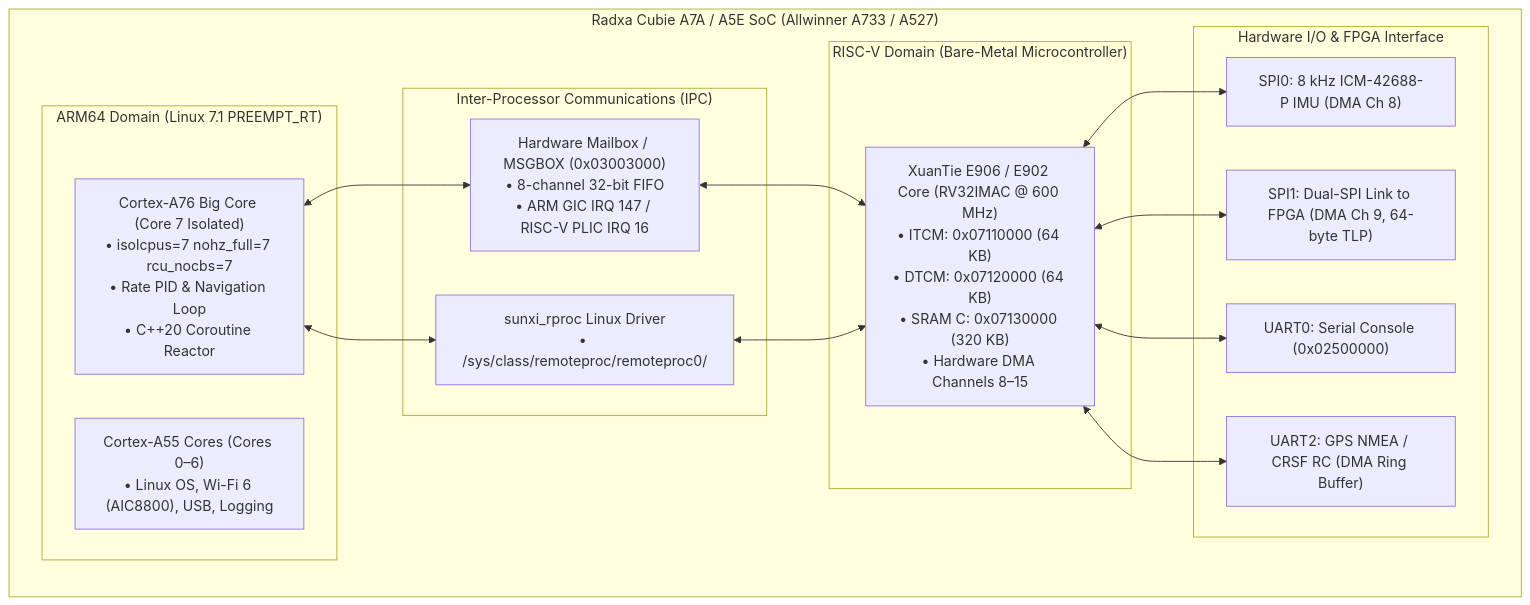
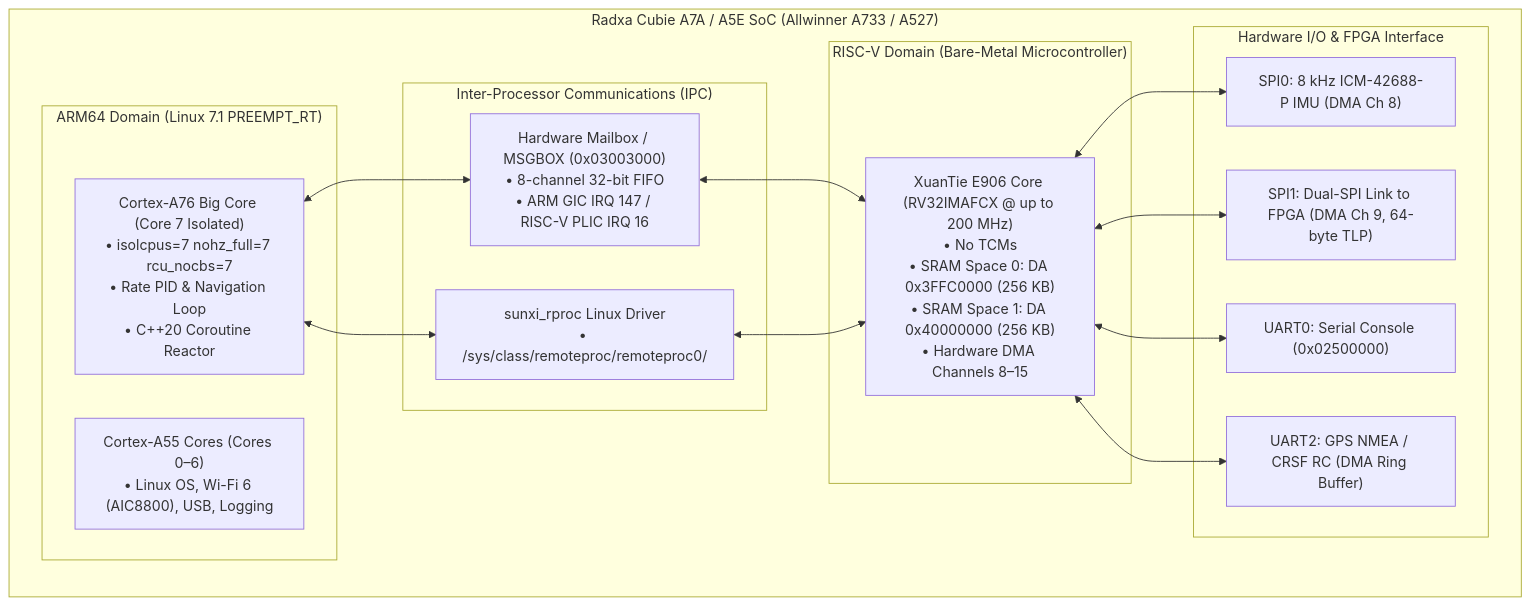
Before and after one commit to tcmichals/cubie-a5e: the diagram in docs/HETEROGENEOUS_AVIONICS_ARCHITECTURE.md, drawn with Mermaid. The commit also changed 31 other files, not shown here.

````diff
--- a/docs/HETEROGENEOUS_AVIONICS_ARCHITECTURE.md
+++ b/docs/HETEROGENEOUS_AVIONICS_ARCHITECTURE.md
@@ -14,34 +14,34 @@
 ```mermaid
 flowchart TB
     subgraph "Radxa Cubie A7A / A5E SoC (Allwinner A733 / A527)"
         subgraph "ARM64 Domain (Linux 7.1 PREEMPT_RT)"
             C7["Cortex-A76 Big Core (Core 7 Isolated)<br/>• isolcpus=7 nohz_full=7 rcu_nocbs=7<br/>• Rate PID & Navigation Loop<br/>• C++20 Coroutine Reactor"]
             C06["Cortex-A55 Cores (Cores 0–6)<br/>• Linux OS, Wi-Fi 6 (AIC8800), USB, Logging"]
         end
 
         subgraph "RISC-V Domain (Bare-Metal Microcontroller)"
-            E906["XuanTie E906 / E902 Core (RV32IMAC @ 600 MHz)<br/>• ITCM: 0x07110000 (64 KB)<br/>• DTCM: 0x07120000 (64 KB)<br/>• SRAM C: 0x07130000 (320 KB)<br/>• Hardware DMA Channels 8–15"]
+            E906["XuanTie E906 Core (RV32IMAFCX @ up to 200 MHz)<br/>• No TCMs<br/>• SRAM Space 0: DA 0x3FFC0000 (256 KB)<br/>• SRAM Space 1: DA 0x40000000 (256 KB)<br/>• Hardware DMA Channels 8–15"]
         end
 
         subgraph "Inter-Processor Communications (IPC)"
             MSGBOX["Hardware Mailbox / MSGBOX (0x03003000)<br/>• 8-channel 32-bit FIFO<br/>• ARM GIC IRQ 147 / RISC-V PLIC IRQ 16"]
             RPROC["sunxi_rproc Linux Driver<br/>• /sys/class/remoteproc/remoteproc0/"]
         end
 
         subgraph "Hardware I/O & FPGA Interface"
             SPI0["SPI0: 8 kHz ICM-42688-P IMU (DMA Ch 8)"]
             SPI1["SPI1: Dual-SPI Link to FPGA (DMA Ch 9, 64-byte TLP)"]
             UART0["UART0: Serial Console (0x02500000)"]
             UART2["UART2: GPS NMEA / CRSF RC (DMA Ring Buffer)"]
         end
     end
 
     C7 <--> MSGBOX
     MSGBOX <--> E906
     E906 <--> SPI0
     E906 <--> SPI1
     E906 <--> UART0
     E906 <--> UART2
     C7 <--> RPROC
     RPROC <--> E906
 ```
````
